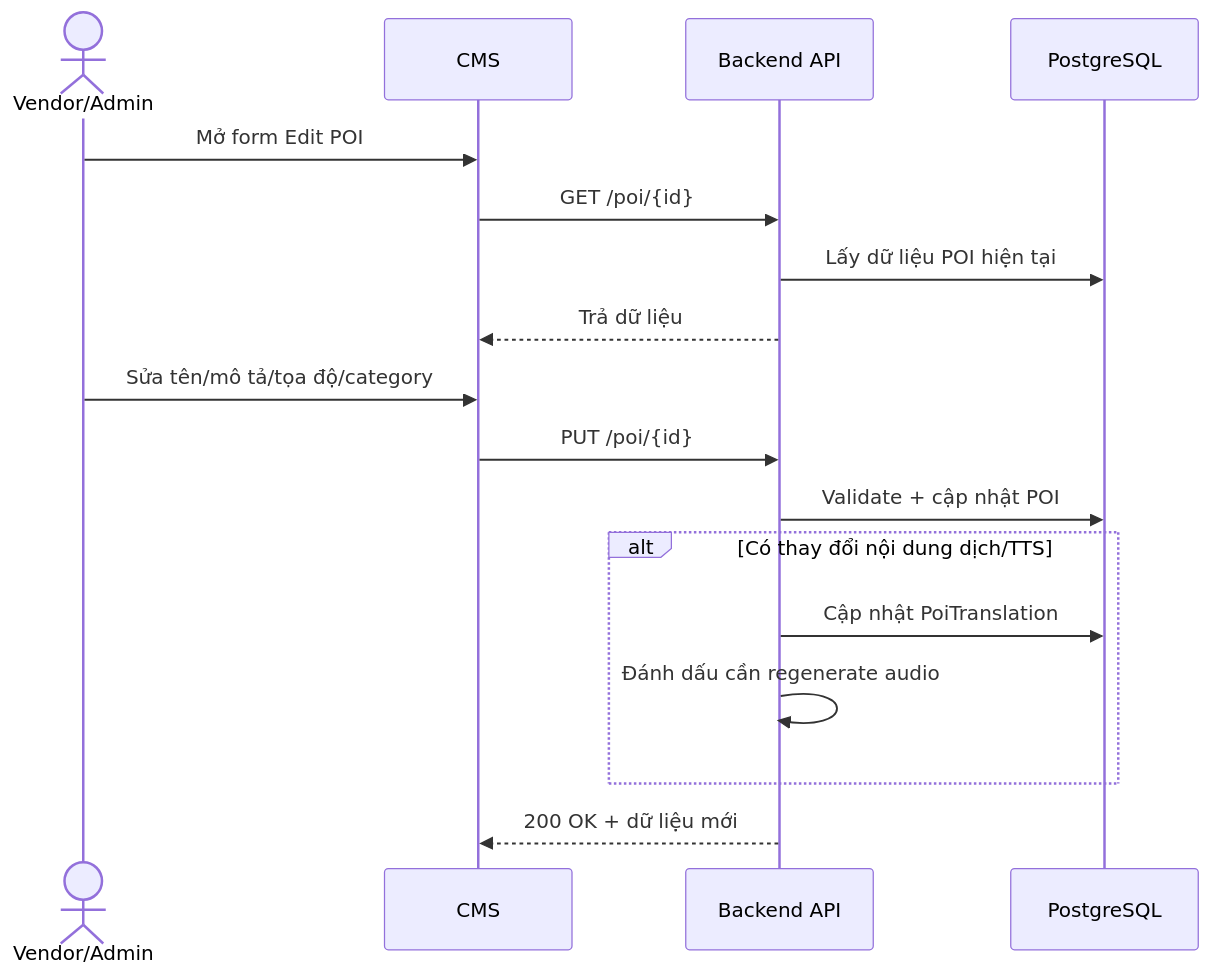
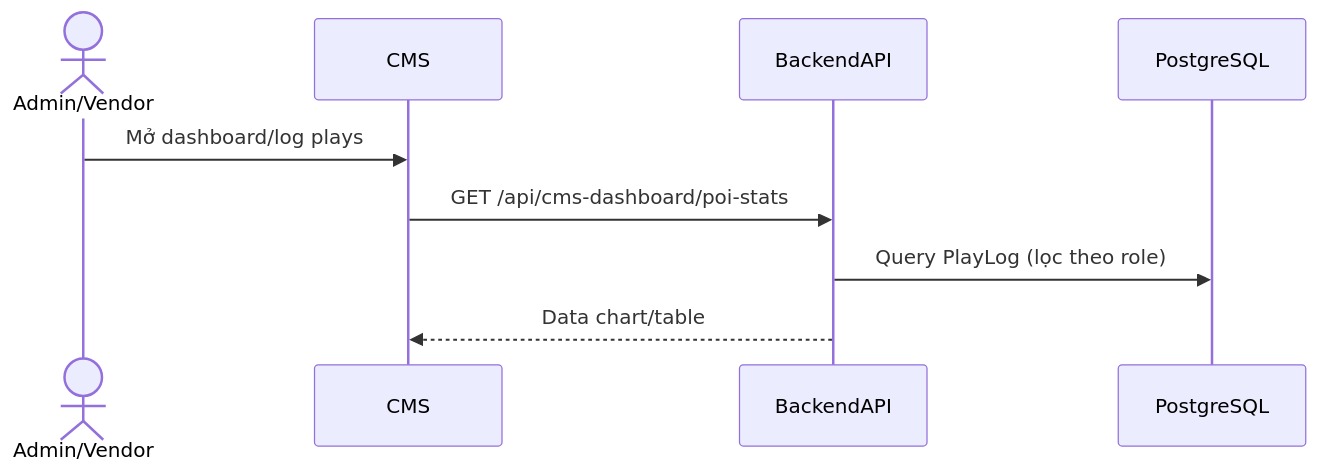
Diagram 11 of 41 in PRD_SmartTour.md (EricHoang28092k5/SmartTour), drawn with Mermaid before and after one commit. The commit also changed other lines of this file, not shown here.

````diff
--- a/PRD_SmartTour.md
+++ b/PRD_SmartTour.md
@@ -686,20 +613,11 @@
 ```mermaid
 sequenceDiagram
-    actor V as Vendor/Admin
+    actor U as Admin/Vendor
     participant CMS as CMS
-    participant API as Backend API
+    participant API as BackendAPI
     participant DB as PostgreSQL
-
-    V->>CMS: Mở form Edit POI
-    CMS->>API: GET /poi/{id}
-    API->>DB: Lấy dữ liệu POI hiện tại
-    API-->>CMS: Trả dữ liệu
-    V->>CMS: Sửa tên/mô tả/tọa độ/category
-    CMS->>API: PUT /poi/{id}
-    API->>DB: Validate + cập nhật POI
-    alt Có thay đổi nội dung dịch/TTS
-        API->>DB: Cập nhật PoiTranslation
-        API->>API: Đánh dấu cần regenerate audio
-    end
-    API-->>CMS: 200 OK + dữ liệu mới
+    U->>CMS: Mở dashboard/log plays
+    CMS->>API: GET /api/cms-dashboard/poi-stats
+    API->>DB: Query PlayLog (lọc theo role)
+    API-->>CMS: Data chart/table
 ```
````
